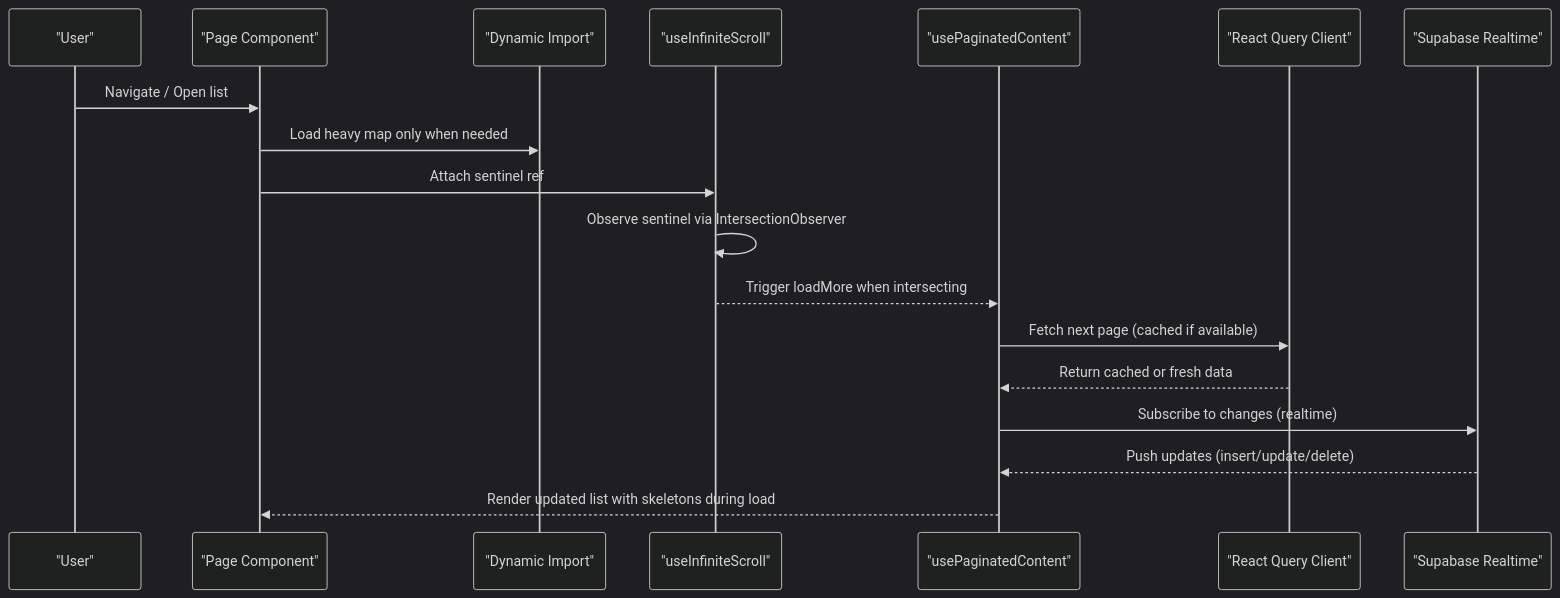
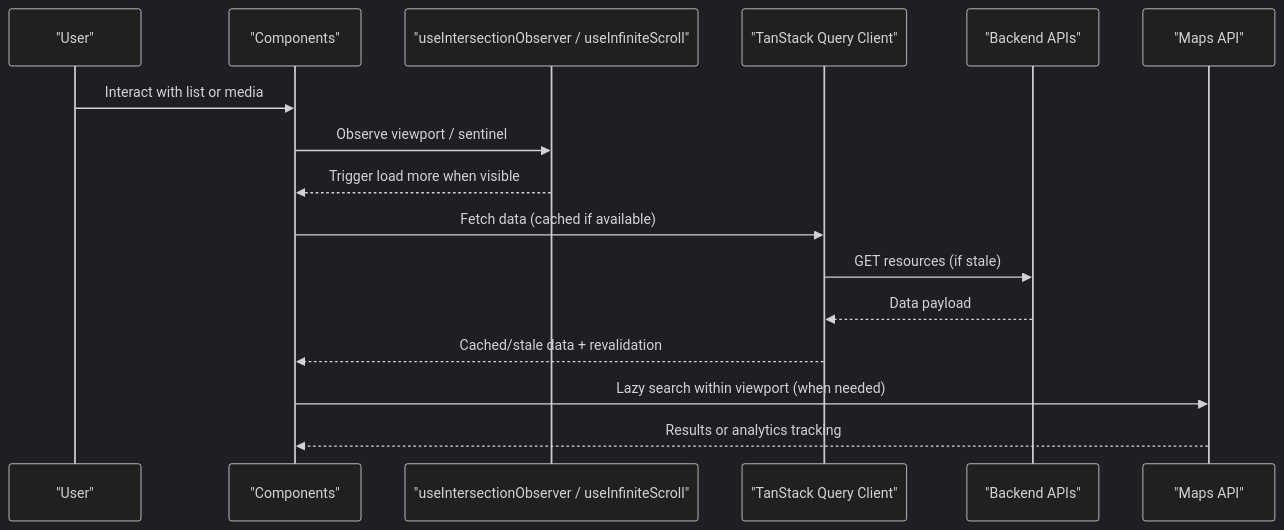
Before and after one commit to Meaetin/alibaba-hackathon: the second of 7 diagrams in .qoder/repowiki/en/content/Performance Optimization.md, drawn with Mermaid (dark theme). The commit also changed other lines of this file and 241 other files, not shown here.

````diff
--- a/.qoder/repowiki/en/content/Performance Optimization.md
+++ b/.qoder/repowiki/en/content/Performance Optimization.md
@@ -113,20 +84,18 @@
 ```mermaid
 sequenceDiagram
 participant User as "User"
-participant Page as "Page Component"
-participant Dynamic as "Dynamic Import"
-participant Hook as "useInfiniteScroll"
-participant Data as "usePaginatedContent"
-participant Cache as "React Query Client"
-participant DB as "Supabase Realtime"
-User->>Page : Navigate / Open list
-Page->>Dynamic : Load heavy map only when needed
-Page->>Hook : Attach sentinel ref
-Hook->>Hook : Observe sentinel via IntersectionObserver
-Hook-->>Data : Trigger loadMore when intersecting
-Data->>Cache : Fetch next page (cached if available)
-Cache-->>Data : Return cached or fresh data
-Data->>DB : Subscribe to changes (realtime)
-DB-->>Data : Push updates (insert/update/delete)
-Data-->>Page : Render updated list with skeletons during load
+participant UI as "Components"
+participant Hooks as "useIntersectionObserver / useInfiniteScroll"
+participant Query as "TanStack Query Client"
+participant API as "Backend APIs"
+participant Maps as "Maps API"
+User->>UI : Interact with list or media
+UI->>Hooks : Observe viewport / sentinel
+Hooks-->>UI : Trigger load more when visible
+UI->>Query : Fetch data (cached if available)
+Query->>API : GET resources (if stale)
+API-->>Query : Data payload
+Query-->>UI : Cached/stale data + revalidation
+UI->>Maps : Lazy search within viewport (when needed)
+Maps-->>UI : Results or analytics tracking
 ```
````
